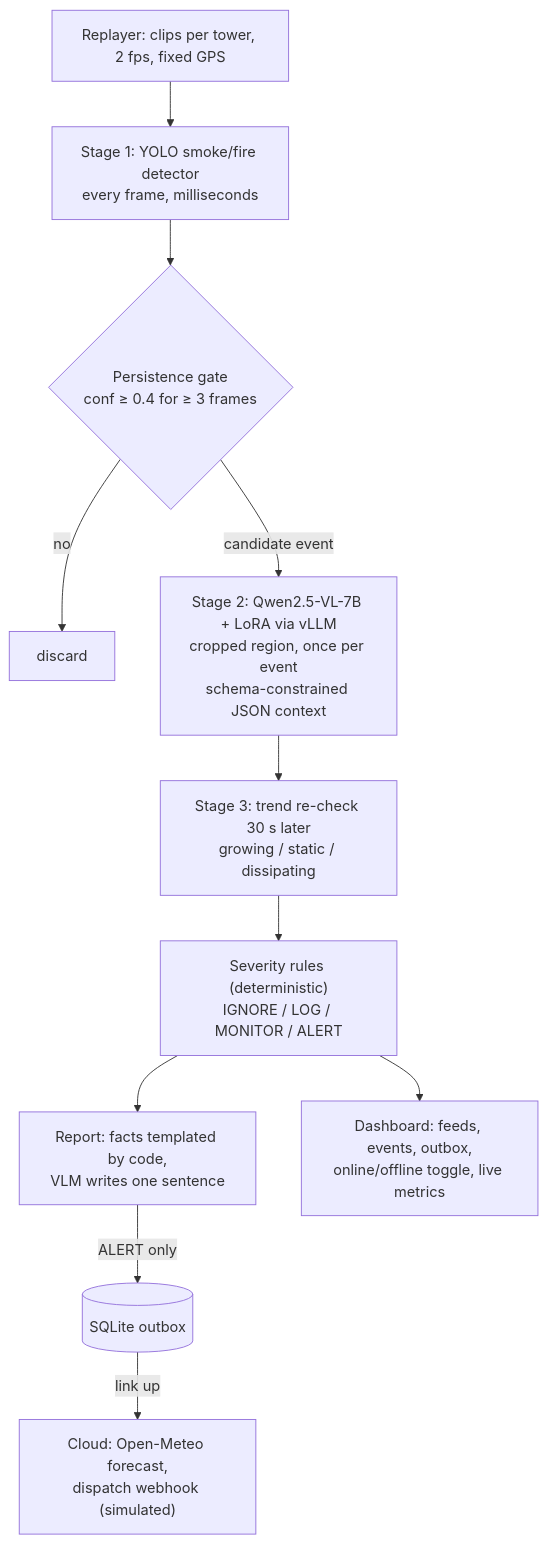
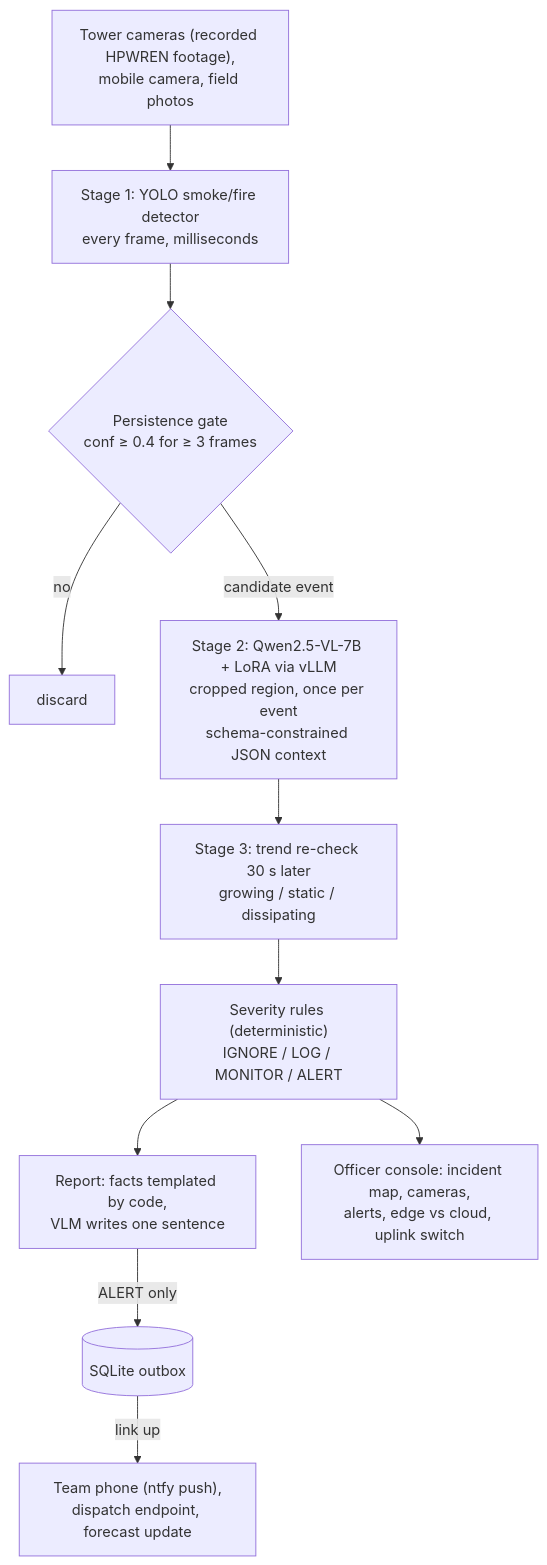
One commit to IamSavitha/wildfire-edge-sentinel-hp-sjsu-hack changed the diagram in README.md. Above: the diagram before and after it, drawn with Mermaid. The commit also changed other lines of this file and 5 other files, not shown here.

Commit message:
docs: submission wrap — judge-facing README (at a glance, results, quick start, repo map, team), console demo runbook, v2.2.0-submission release note, Nano IP out of the docs

````diff
--- a/README.md
+++ b/README.md
@@ -25,13 +96,13 @@
 ```mermaid
 flowchart TD
-    R["Replayer: clips per tower, 2 fps, fixed GPS"] --> D
+    R["Tower cameras (recorded HPWREN footage),<br/>mobile camera, field photos"] --> D
     D["Stage 1: YOLO smoke/fire detector<br/>every frame, milliseconds"] --> G{"Persistence gate<br/>conf ≥ 0.4 for ≥ 3 frames"}
     G -- no --> X[discard]
     G -- candidate event --> V["Stage 2: Qwen2.5-VL-7B + LoRA via vLLM<br/>cropped region, once per event<br/>schema-constrained JSON context"]
     V --> T["Stage 3: trend re-check 30 s later<br/>growing / static / dissipating"]
     T --> S["Severity rules (deterministic)<br/>IGNORE / LOG / MONITOR / ALERT"]
     S --> P["Report: facts templated by code,<br/>VLM writes one sentence"]
     P -- ALERT only --> O[("SQLite outbox")]
-    O -- link up --> C["Cloud: Open-Meteo forecast,<br/>dispatch webhook (simulated)"]
-    S --> UI["Dashboard: feeds, events, outbox,<br/>online/offline toggle, live metrics"]
+    O -- link up --> C["Team phone (ntfy push),<br/>dispatch endpoint, forecast update"]
+    S --> UI["Officer console: incident map, cameras,<br/>alerts, edge vs cloud, uplink switch"]
 ```
````
